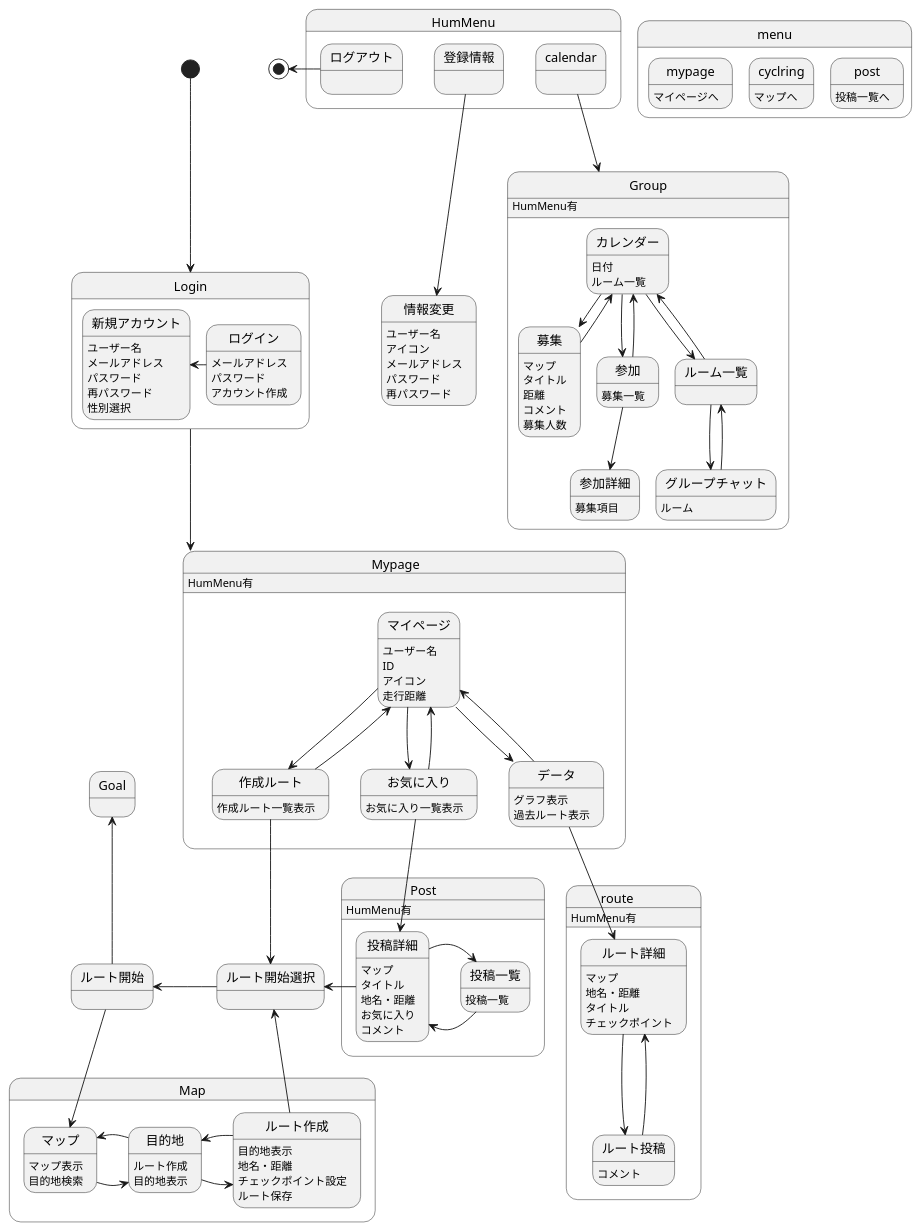
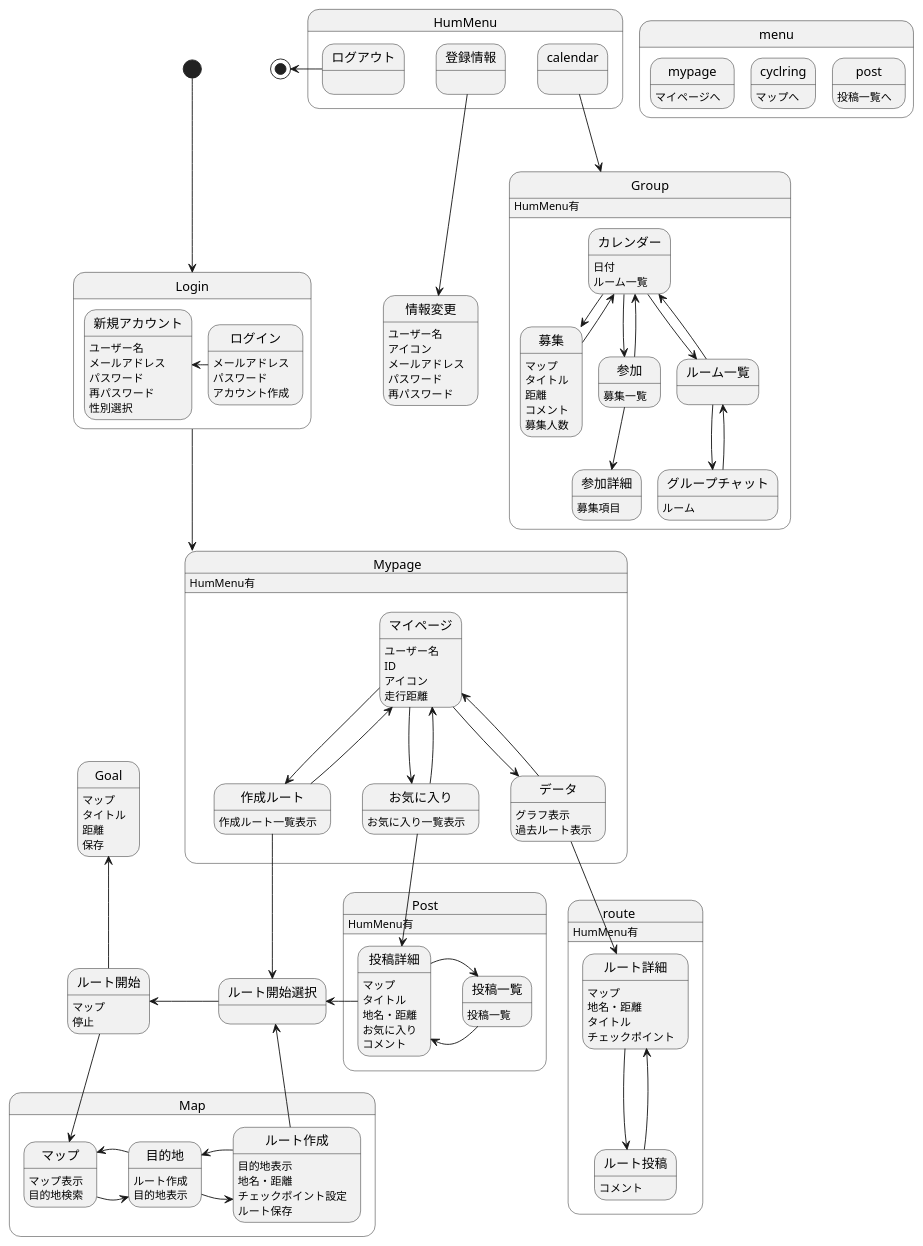
The diagram in 画面遷移図/gm.md (AsoSD3A3/CyclingSystem), drawn with PlantUML before and after one commit.

```diff
--- a/画面遷移図/gm.md
+++ b/画面遷移図/gm.md
@@ -108,7 +108,13 @@
 ルート作成-up->ルート開始選択
 ルート開始選択-left->ルート開始
 ルート開始-down->マップ
+ルート開始:マップ
+ルート開始:停止
 ルート開始-up->Goal
+Goal:マップ
+Goal:タイトル
+Goal:距離
+Goal:保存
 
 state Post{
 Post:HumMenu有
```
